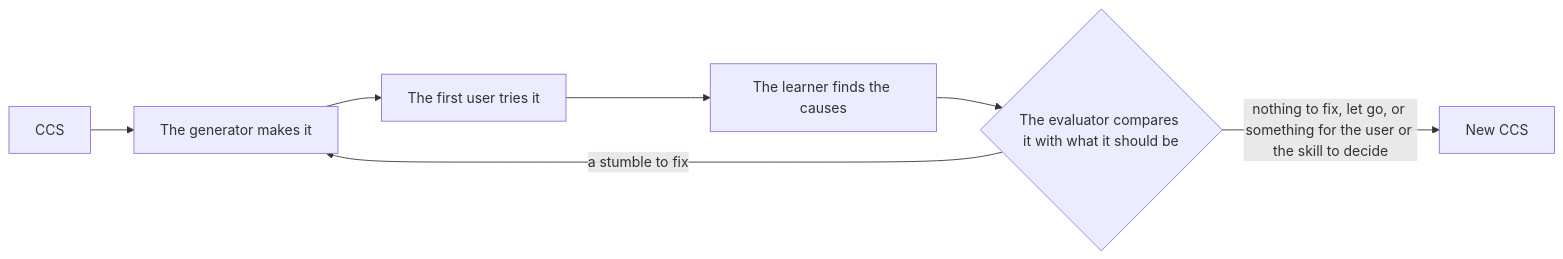
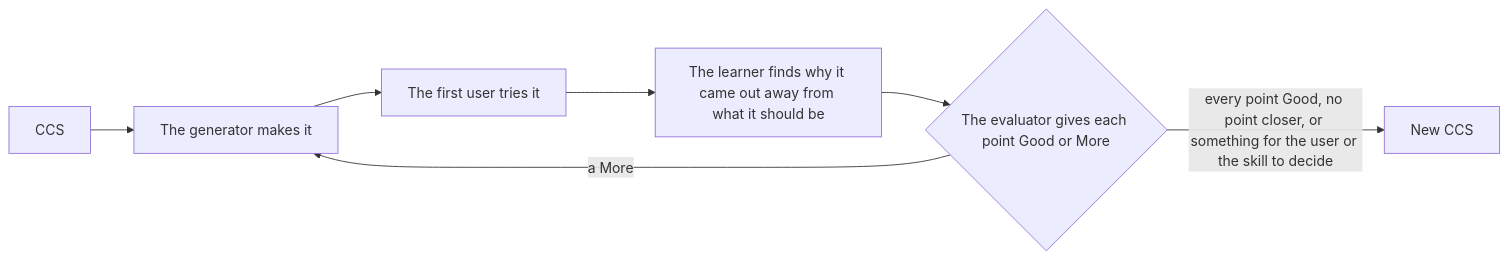
One commit to lovaizu/ccpm changed the diagram in turn/README.md. Above: the diagram before and after it, drawn with Mermaid. The commit also changed other lines of this file and 2 other files, not shown here.

First line of the commit message:
turn: each agent does one job; the evaluator gives each point Good or More

````diff
--- a/turn/README.md
+++ b/turn/README.md
@@ -38,9 +38,9 @@
 ```mermaid
 flowchart LR
   I[CCS] --> M[The generator makes it]
   M --> U[The first user tries it]
-  U --> L[The learner finds the causes]
-  L --> J{The evaluator compares it with what it should be}
-  J -->|a stumble to fix| M
-  J -->|nothing to fix, let go, or something for the user or the skill to decide| O[New CCS]
+  U --> L[The learner finds why it came out away from what it should be]
+  L --> J{The evaluator gives each point Good or More}
+  J -->|a More| M
+  J -->|every point Good, no point closer, or something for the user or the skill to decide| O[New CCS]
 ```
````
